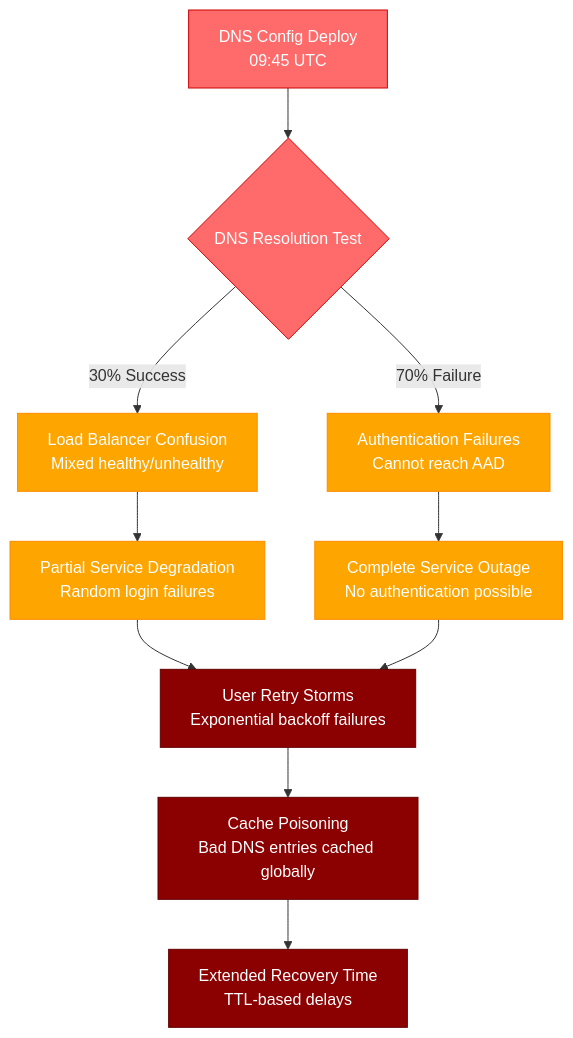
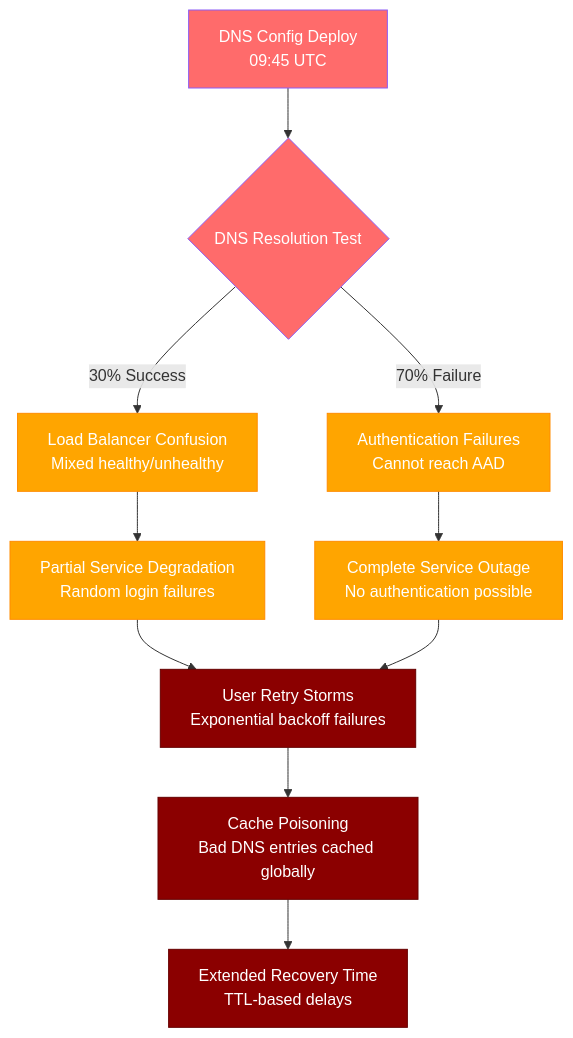
Before and after one commit to deepaucksharma/DS: the sixth of 9 diagrams in site/docs/incidents/azure-ad-march-2021.md, drawn with Mermaid. The commit also changed other lines of this file and 303 other files, not shown here.

````diff
--- a/site/docs/incidents/azure-ad-march-2021.md
+++ b/site/docs/incidents/azure-ad-march-2021.md
@@ -238,23 +238,23 @@
 ```mermaid
 flowchart TD
     A[DNS Config Deploy<br/>09:45 UTC] --> B{DNS Resolution Test}
     B -->|30% Success| C[Load Balancer Confusion<br/>Mixed healthy/unhealthy]
     B -->|70% Failure| D[Authentication Failures<br/>Cannot reach AAD]
 
     C --> E[Partial Service Degradation<br/>Random login failures]
     D --> F[Complete Service Outage<br/>No authentication possible]
 
     E --> G[User Retry Storms<br/>Exponential backoff failures]
     F --> G
 
     G --> H[Cache Poisoning<br/>Bad DNS entries cached globally]
     H --> I[Extended Recovery Time<br/>TTL-based delays]
 
-    classDef problem fill:#FF6B6B,stroke:#CC0000,color:#fff
+    classDef problem fill:#FF6B6B,stroke:#8B5CF6,color:#fff
     classDef impact fill:#FFA500,stroke:#FF8C00,color:#fff
     classDef cascade fill:#8B0000,stroke:#660000,color:#fff
 
     class A,B problem
     class C,D,E,F impact
     class G,H,I cascade
 ```
````
